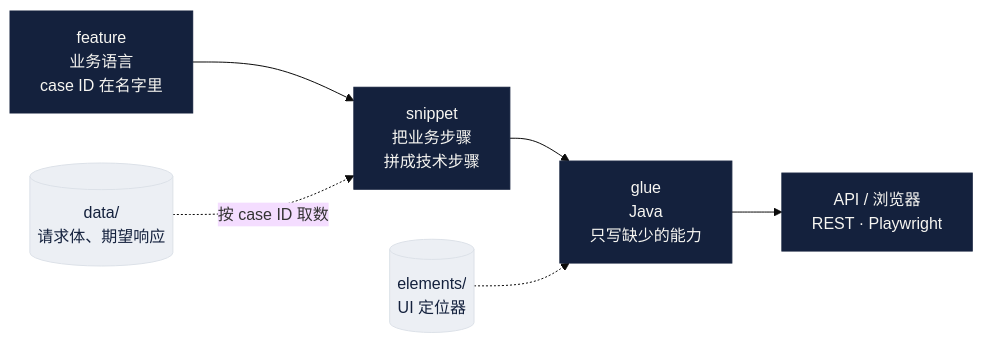
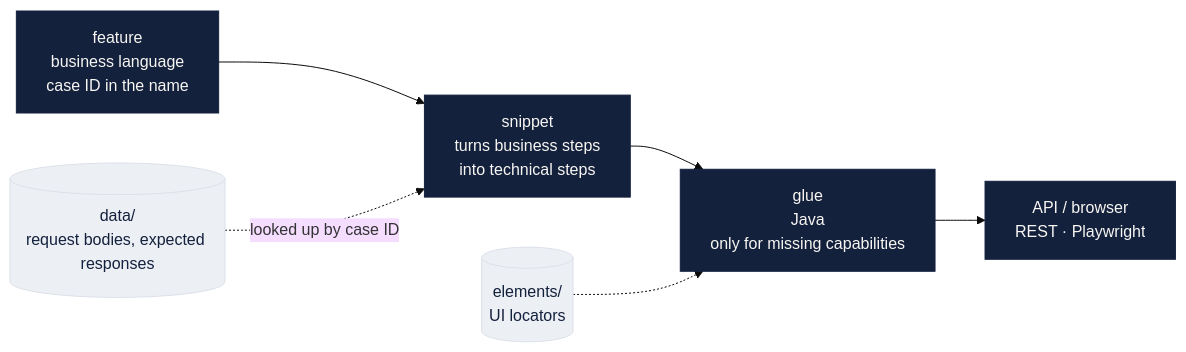
One commit to Hellen-Zhu/Oreo-e2e changed the first of 6 diagrams in docs/demo/oreo-kt-confluence.md. Above: the diagram before and after it, drawn with Mermaid (base theme). The commit also changed other lines of this file and 1 other file, not shown here.

````diff
--- a/docs/demo/oreo-kt-confluence.md
+++ b/docs/demo/oreo-kt-confluence.md
@@ -32,14 +39,14 @@
 ```mermaid
 flowchart LR
-    F["feature<br/>业务语言<br/>case ID 在名字里"] --> S["snippet<br/>把业务步骤<br/>拼成技术步骤"]
-    S --> G["glue<br/>Java<br/>只写缺少的能力"]
-    G --> X["API / 浏览器<br/>REST · Playwright"]
+    F["feature<br/>business language<br/>case ID in the name"] --> S["snippet<br/>turns business steps<br/>into technical steps"]
+    S --> G["glue<br/>Java<br/>only for missing capabilities"]
+    G --> X["API / browser<br/>REST · Playwright"]
 
-    D[("data/<br/>请求体、期望响应")] -.按 case ID 取数.-> S
-    E[("elements/<br/>UI 定位器")] -.-> G
+    D[("data/<br/>request bodies, expected responses")] -.looked up by case ID.-> S
+    E[("elements/<br/>UI locators")] -.-> G
 
     classDef main fill:#14213D,color:#F7F6F2,stroke:#14213D
     classDef side fill:#ECEFF4,color:#14213D,stroke:#DCE1E8
     class F,S,G,X main
     class D,E side
 ```
````
